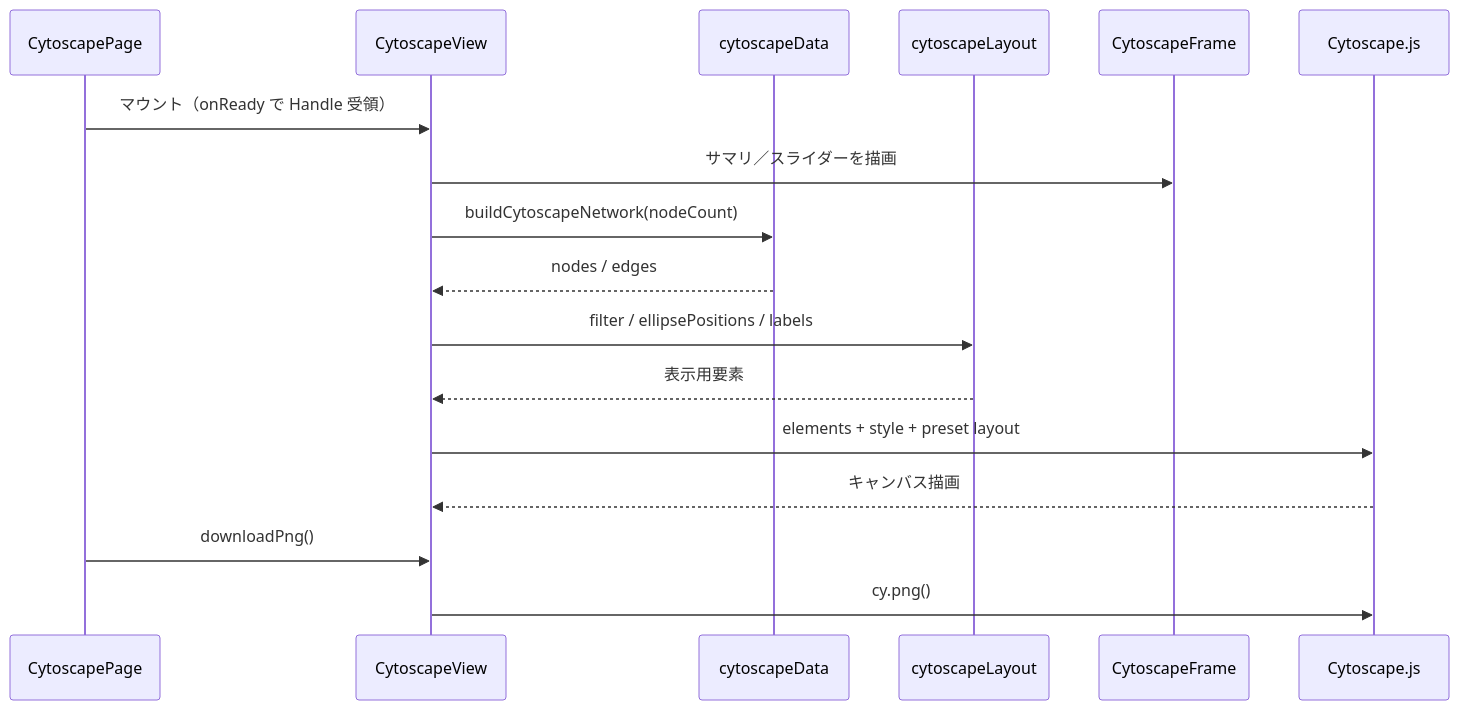
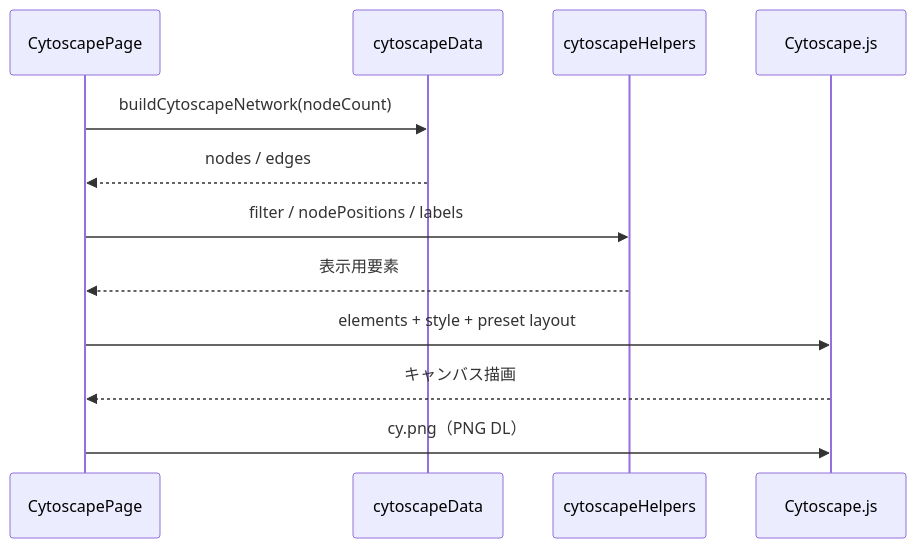
Before and after one commit to xpendev/graphtest: the second of 2 diagrams in docs/component-cytoscape.md, drawn with Mermaid. The commit also changed other lines of this file and 33 other files, not shown here.

````diff
--- a/docs/component-cytoscape.md
+++ b/docs/component-cytoscape.md
@@ -48,20 +29,15 @@
 ```mermaid
 sequenceDiagram
   participant Page as CytoscapePage
-  participant View as CytoscapeView
   participant Data as cytoscapeData
-  participant Layout as cytoscapeLayout
-  participant Frame as CytoscapeFrame
+  participant Helpers as cytoscapeHelpers
   participant Cy as Cytoscape.js
 
-  Page->>View: マウント（onReady で Handle 受領）
-  View->>Frame: サマリ／スライダーを描画
-  View->>Data: buildCytoscapeNetwork(nodeCount)
-  Data-->>View: nodes / edges
-  View->>Layout: filter / ellipsePositions / labels
-  Layout-->>View: 表示用要素
-  View->>Cy: elements + style + preset layout
-  Cy-->>View: キャンバス描画
-  Page->>View: downloadPng()
-  View->>Cy: cy.png()
+  Page->>Data: buildCytoscapeNetwork(nodeCount)
+  Data-->>Page: nodes / edges
+  Page->>Helpers: filter / nodePositions / labels
+  Helpers-->>Page: 表示用要素
+  Page->>Cy: elements + style + preset layout
+  Cy-->>Page: キャンバス描画
+  Page->>Cy: cy.png（PNG DL）
 ```
````
